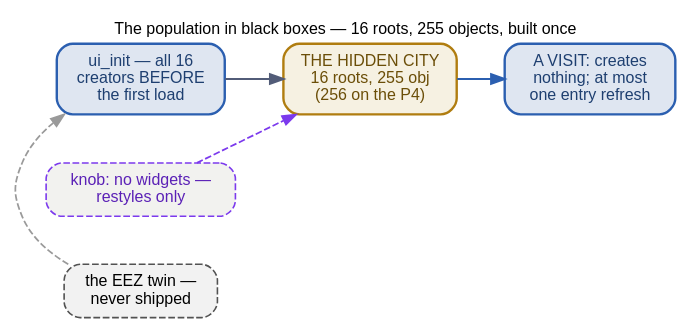
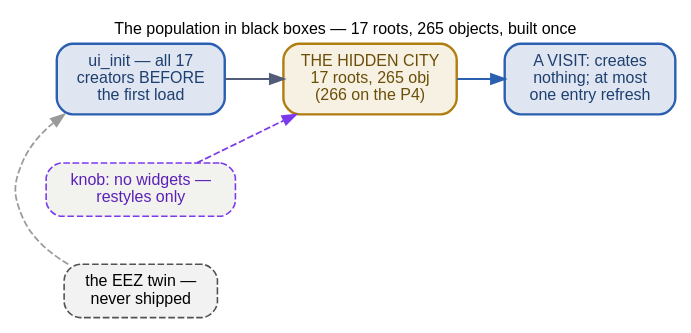
The diagram in docs/_graphs/screen-population.dot (ukos-git/moon-clock-esp), drawn with Graphviz before and after one commit. The commit also changed 44 other files, not shown here.

```diff
--- a/docs/_graphs/screen-population.dot
+++ b/docs/_graphs/screen-population.dot
@@ -1,42 +1,42 @@
 // The UI population as a BLACK-BOX OVERVIEW: the boot spine, the
-// hidden city of 16 roots / 255 objects, and the zero-cost visit. No
+// hidden city of 17 roots / 265 objects, and the zero-cost visit. No
 // per-screen counts, no object bills, no tick/refresh mechanics on
 // this figure: the boxes open into their own sketches on this page
 // (screen-population-city.dot, screen-population-visit.dot). This
 // sketch deliberately draws NO navigation edge — who-may-visit-whom
 // is the mermaid graph above it in docs/ui/index.rst and the tap
 // ladder's BFS; the switch's fade internals are
 // docs/_graphs/screen-switch.dot; the object-cost in bytes is the
 // static footprint on verification/performance.rst. Every number is
 // re-derived by docs/tools/gen_perf_assembly.py (SystemExit on
 // drift). FONTS: 12 pt everywhere = the page's 16 px body text at
 // 1:1, kept inside the content column so object{max-width:100%}
 // never scales it down.
 // Rendered inline as SVG by sphinx.ext.graphviz (dot on PATH).
 digraph screen_population {
     rankdir=LR;
-    label="The population in black boxes — 16 roots, 255 objects, built once";
+    label="The population in black boxes — 17 roots, 265 objects, built once";
     labelloc="t"; labeljust="c";
     fontname="Helvetica"; fontsize=12;
     graph [nodesep=0.5, ranksep=0.5];
     node [fontname="Helvetica", fontsize=12, shape=box, style="rounded,filled",
           width=0, height=0, margin="0.16,0.10", fillcolor="#f2f2ef",
           color="#525252", penwidth=1.2];
     edge [fontname="Helvetica", fontsize=12, color="#8a8a8a", penwidth=1.3];
 
-    uiinit [label="ui_init — all 16\ncreators BEFORE\nthe first load",
+    uiinit [label="ui_init — all 17\ncreators BEFORE\nthe first load",
             fillcolor="#dfe6f1", color="#2b5fb0", fontcolor="#1e3f70", penwidth=1.8];
-    city [label="THE HIDDEN CITY\n16 roots, 255 obj\n(256 on the P4)",
+    city [label="THE HIDDEN CITY\n17 roots, 265 obj\n(266 on the P4)",
           fillcolor="#f6f1e2", color="#b07d10", fontcolor="#6b4e08", penwidth=1.8];
     visit [label="A VISIT: creates\nnothing; at most\none entry refresh",
            fillcolor="#dfe6f1", color="#2b5fb0", fontcolor="#1e3f70", penwidth=1.8];
     eez [label="the EEZ twin —\nnever shipped",
          style="rounded,filled,dashed", fillcolor="#f2f2f2"];
     knobn [label="knob: no widgets —\nrestyles only",
            style="rounded,filled,dashed", color="#7c3aed", fontcolor="#5b21b6"];
 
     uiinit -> city [color="#525c78", penwidth=1.6];
     city -> visit [color="#2b5fb0", fontcolor="#1e3f70", penwidth=1.6];
     eez -> uiinit [style=dashed, color="#9a9a9a", constraint=false];
     knobn -> city [style=dashed, color="#7c3aed", fontcolor="#5b21b6", constraint=false];
 }
```
